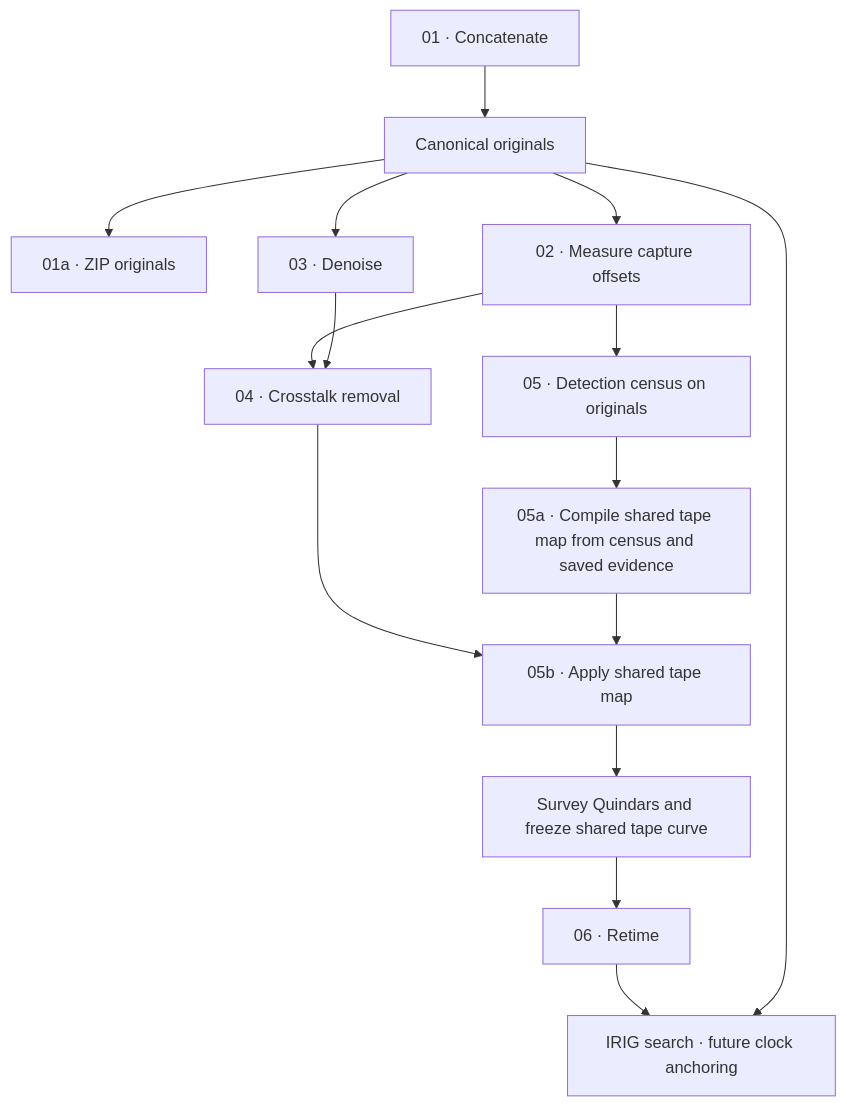
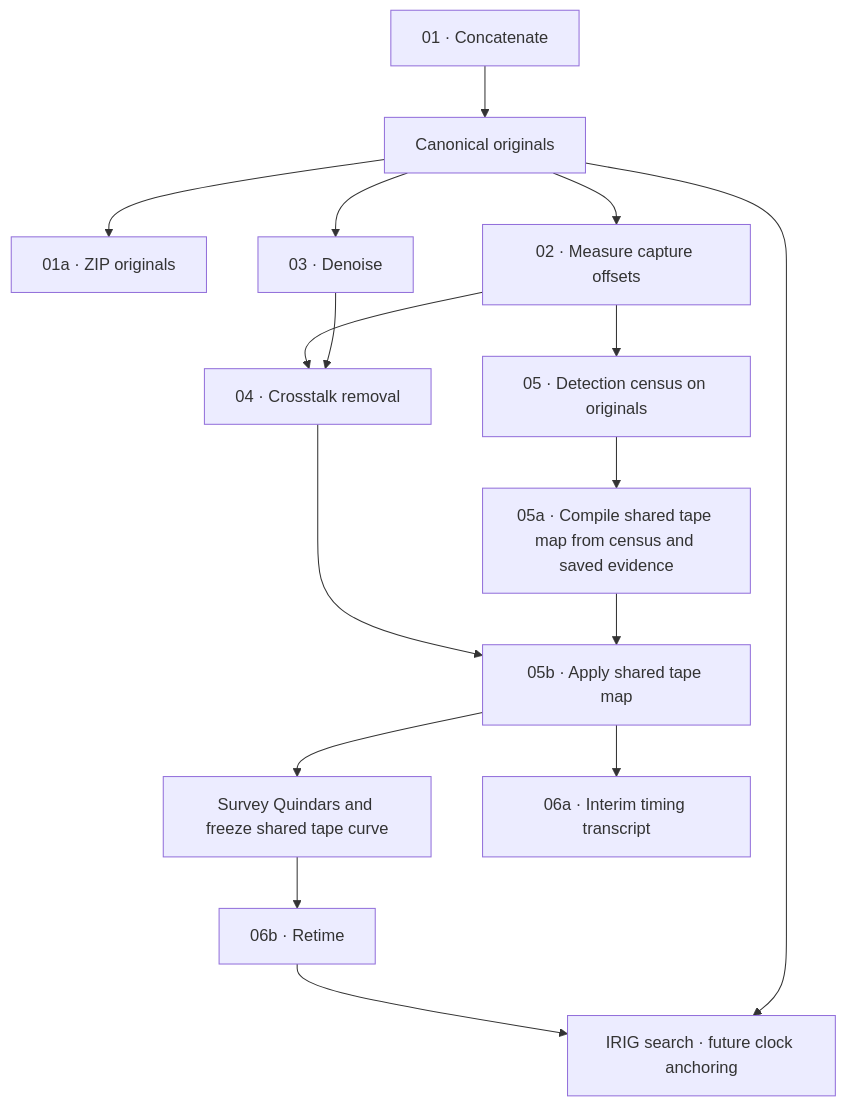
The diagram in README.md (bfeist/Apollo_15), drawn with Mermaid before and after one commit. The commit also changed other lines of this file and 24 other files, not shown here.

First line of the commit message:
feat(transcription): add 06a timing transcript and separate SG and DVD commands

````diff
--- a/README.md
+++ b/README.md
@@ -58,17 +59,18 @@
 ```mermaid
 flowchart TD
     A[01 · Concatenate] --> B[Canonical originals]
     B --> C[01a · ZIP originals]
     B --> D[03 · Denoise]
     B --> R[02 · Measure capture offsets]
     R --> K[05 · Detection census on originals]
     R --> X[04 · Crosstalk removal]
     K --> E[05a · Compile shared tape map from census and saved evidence]
     D --> X[04 · Crosstalk removal]
     X --> F[05b · Apply shared tape map]
     E --> F
     F --> G[Survey Quindars and freeze shared tape curve]
-    G --> H[06 · Retime]
+    F --> T[06a · Interim timing transcript]
+    G --> H[06b · Retime]
     H --> I[07 · Speech normalization]
     B --> I[IRIG search · future clock anchoring]
 ```
````
